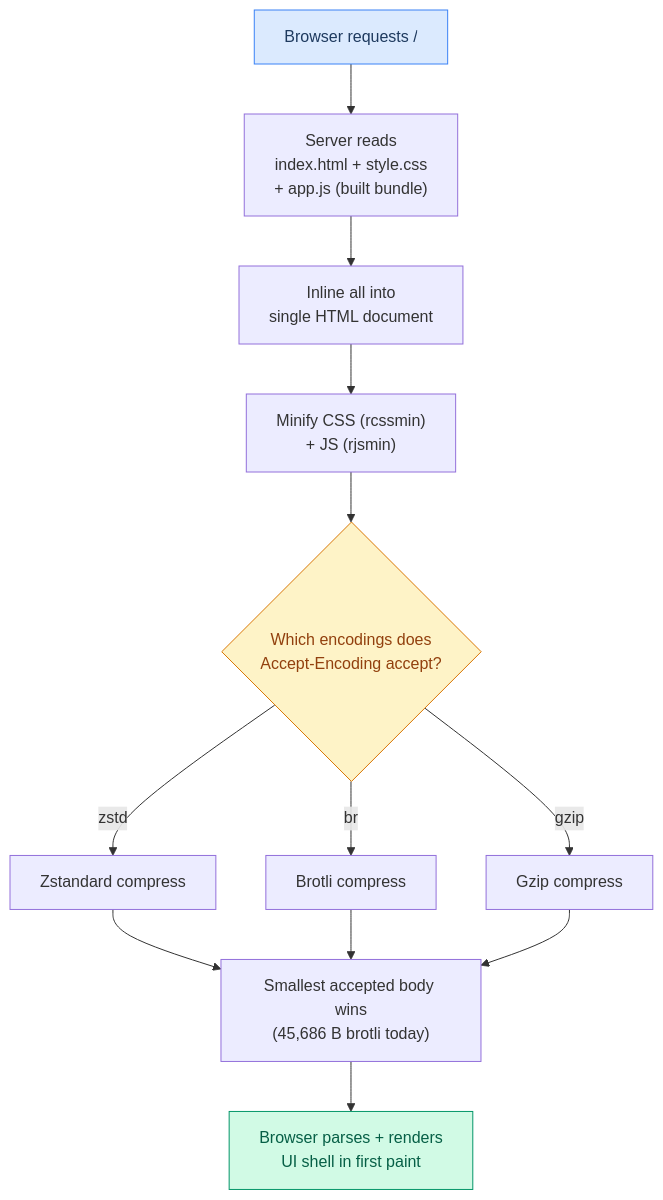
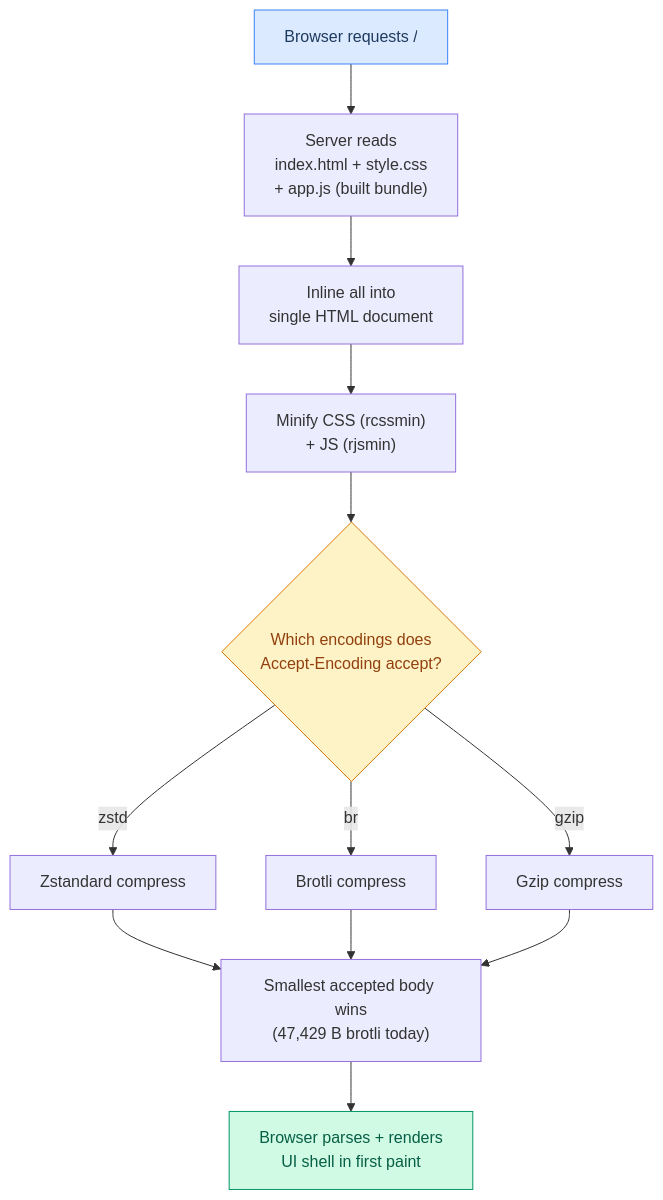
Before and after one commit to maci0/recoverage: diagram 16 of 18 in docs/USER_STORIES.md, drawn with Mermaid. The commit also changed other lines of this file and 3 other files, not shown here.

````diff
--- a/docs/USER_STORIES.md
+++ b/docs/USER_STORIES.md
@@ -512,18 +511,18 @@
 ```mermaid
 graph TD
     A["Browser requests /"] --> B["Server reads<br/>index.html + style.css<br/>+ app.js (built bundle)"]
     B --> C["Inline all into<br/>single HTML document"]
     C --> D["Minify CSS (rcssmin)<br/>+ JS (rjsmin)"]
     D --> E{"Which encodings does<br/>Accept-Encoding accept?"}
     E -->|zstd| F["Zstandard compress"]
     E -->|br| G["Brotli compress"]
     E -->|gzip| H["Gzip compress"]
-    F --> I["Smallest accepted body wins<br/>(45,686 B brotli today)"]
+    F --> I["Smallest accepted body wins<br/>(47,429 B brotli today)"]
     G --> I
     H --> I
     I --> J["Browser parses + renders<br/>UI shell in first paint"]
 
     style A fill:#dbeafe,stroke:#3b82f6,color:#1e3a5f
     style J fill:#d1fae5,stroke:#059669,color:#065f46
     style E fill:#fef3c7,stroke:#d97706,color:#92400e
 ```
````
